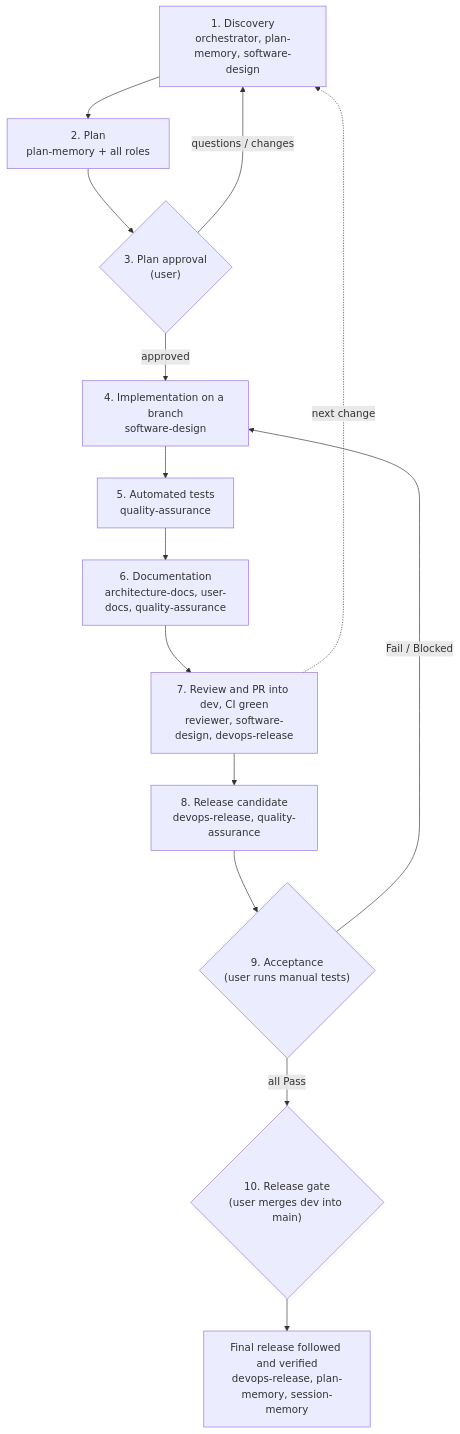
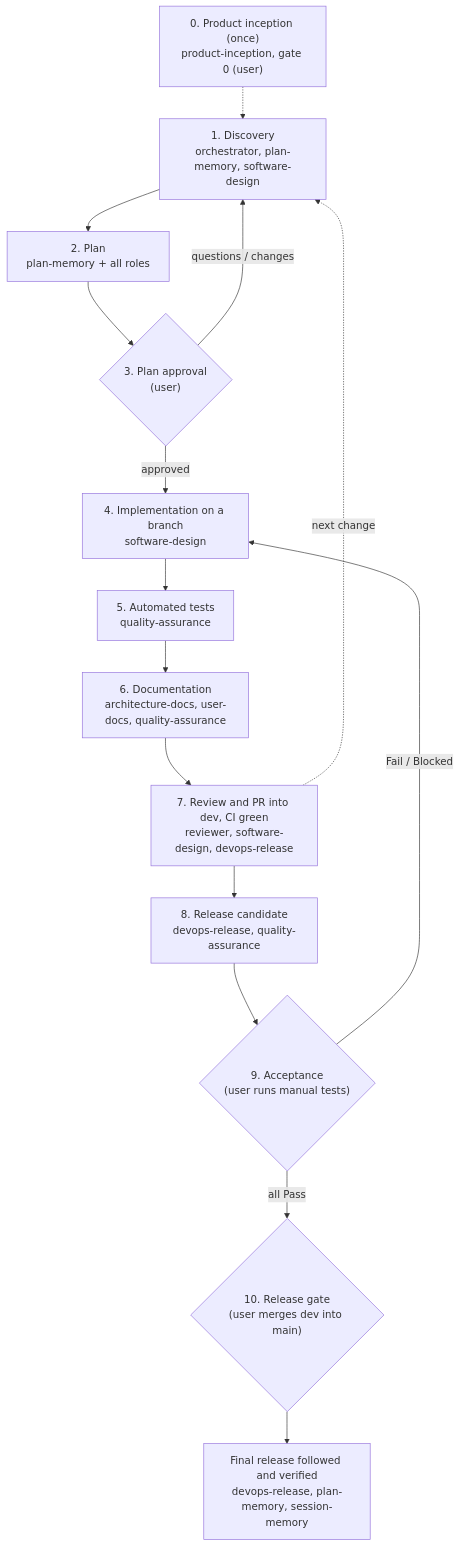
Before and after one commit to Levix-Digital/ai-code-agent-skills: the diagram in dev-cycle-protocol/SKILL.md, drawn with Mermaid. The commit also changed other lines of this file and 8 other files, not shown here.

First line of the commit message:
feat(dev-cycle-protocol): Phase 0, roadmap and Spec Kit in the cycle (M6)

````diff
--- a/dev-cycle-protocol/SKILL.md
+++ b/dev-cycle-protocol/SKILL.md
@@ -60,16 +63,17 @@
 ```mermaid
 graph TD
+    P0["0. Product inception (once)<br/>product-inception, gate 0 (user)"] -.-> P1
     P1["1. Discovery<br/>orchestrator, plan-memory, software-design"] --> P2["2. Plan<br/>plan-memory + all roles"]
     P2 --> G3{"3. Plan approval<br/>(user)"}
     G3 -- "questions / changes" --> P1
     G3 -- "approved" --> P4["4. Implementation on a branch<br/>software-design"]
     P4 --> P5["5. Automated tests<br/>quality-assurance"]
     P5 --> P6["6. Documentation<br/>architecture-docs, user-docs, quality-assurance"]
     P6 --> P7["7. Review and PR into dev, CI green<br/>reviewer, software-design, devops-release"]
     P7 -. "next change" .-> P1
     P7 --> P8["8. Release candidate<br/>devops-release, quality-assurance"]
     P8 --> G9{"9. Acceptance<br/>(user runs manual tests)"}
     G9 -- "Fail / Blocked" --> P4
     G9 -- "all Pass" --> G10{"10. Release gate<br/>(user merges dev into main)"}
     G10 --> P11["Final release followed and verified<br/>devops-release, plan-memory, session-memory"]
 ```
````
